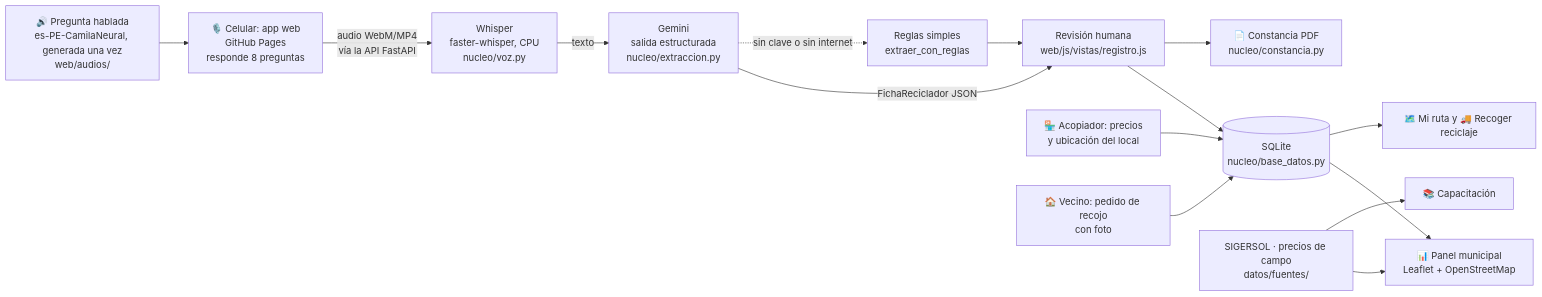
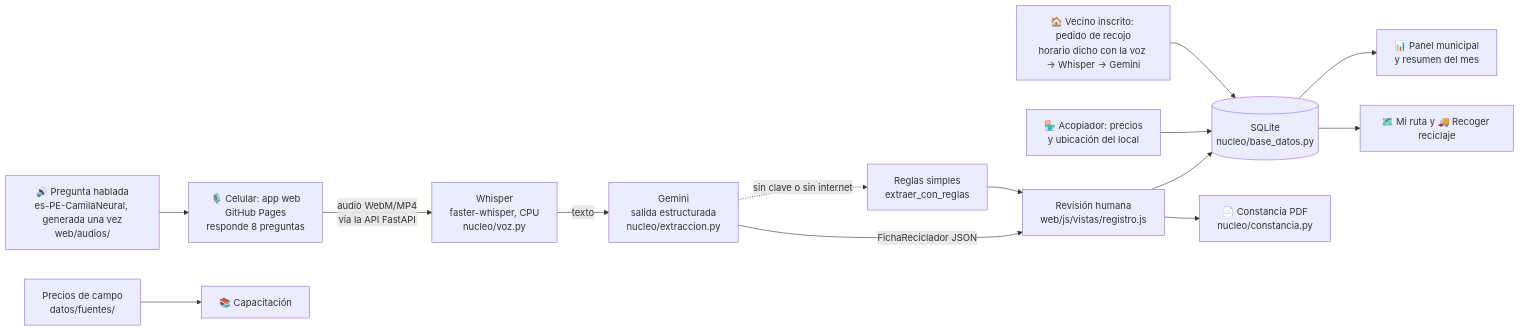
The diagram in README.md (grey-d18/proyecto_final), drawn with Mermaid before and after one commit. The commit also changed other lines of this file and 17 other files, not shown here.

First line of the commit message:
Vecinos inscritos, horario por voz y panel con datos de la app

````diff
--- a/README.md
+++ b/README.md
@@ -114,17 +124,16 @@
 ```mermaid
 flowchart LR
     Q[🔊 Pregunta hablada<br>es-PE-CamilaNeural, generada una vez<br>web/audios/] --> A
     A[🎙️ Celular: app web<br>GitHub Pages<br>responde 8 preguntas] -->|audio WebM/MP4<br>vía la API FastAPI| B[Whisper<br>faster-whisper, CPU<br>nucleo/voz.py]
     B -->|texto| C[Gemini<br>salida estructurada<br>nucleo/extraccion.py]
     C -->|FichaReciclador JSON| D[Revisión humana<br>web/js/vistas/registro.js]
     D --> E[(SQLite<br>nucleo/base_datos.py)]
     D --> F[📄 Constancia PDF<br>nucleo/constancia.py]
-    E --> G[📊 Panel municipal<br>Leaflet + OpenStreetMap]
-    H[SIGERSOL · precios de campo<br>datos/fuentes/] --> G
-    H --> I[📚 Capacitación]
+    E --> G[📊 Panel municipal<br>y resumen del mes]
+    H[Precios de campo<br>datos/fuentes/] --> I[📚 Capacitación]
     K[🏪 Acopiador: precios<br>y ubicación del local] --> E
-    L[🏠 Vecino: pedido de recojo<br>con foto] --> E
+    L[🏠 Vecino inscrito: pedido de recojo<br>horario dicho con la voz → Whisper → Gemini] --> E
     E --> M[🗺️ Mi ruta y 🚚 Recoger reciclaje]
     C -.sin clave o sin internet.-> J[Reglas simples<br>extraer_con_reglas]
     J --> D
 ```
````
